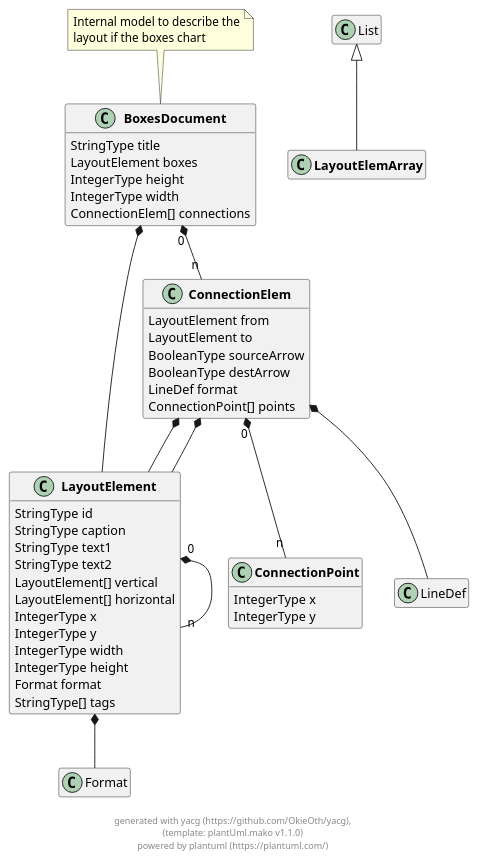
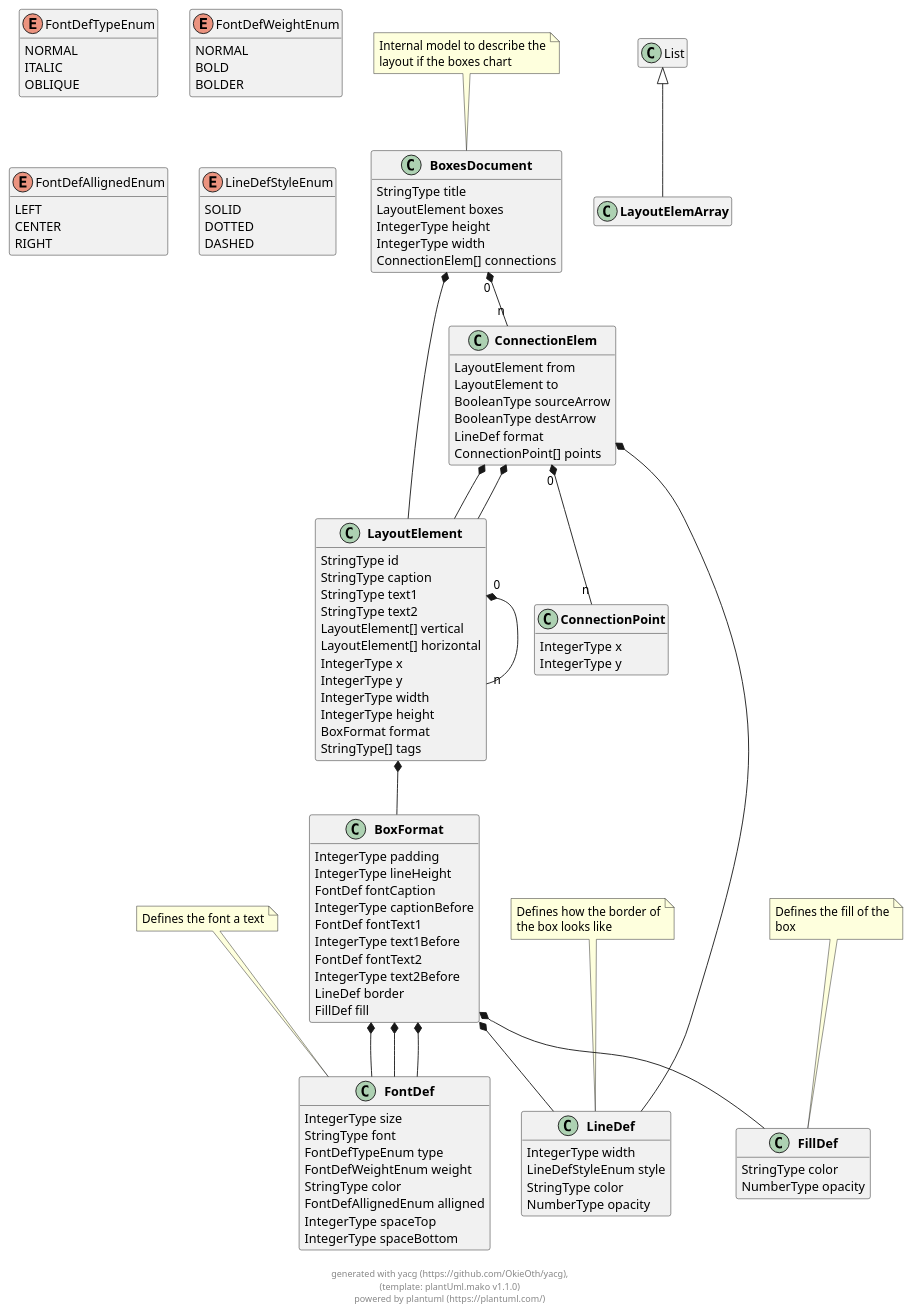
One commit to OkieOth/draw.chart.things changed the diagram in docs/models/puml/boxes_document.puml. Above: the diagram before and after it, drawn with PlantUML. The commit also changed 11 other files, not shown here.

Commit message:
separate format base types for easier initialization of layout elements

```diff
--- a/docs/models/puml/boxes_document.puml
+++ b/docs/models/puml/boxes_document.puml
@@ -26,7 +26,7 @@
         IntegerType y
         IntegerType width
         IntegerType height
-        Format format
+        BoxFormat format
         StringType[] tags
 }
 
@@ -46,10 +46,81 @@
 class "**LayoutElemArray**" as LayoutElemArray extends List {
 }
 
+class "**BoxFormat**" as BoxFormat {
+        IntegerType padding
+        IntegerType lineHeight
+        FontDef fontCaption
+        IntegerType captionBefore
+        FontDef fontText1
+        IntegerType text1Before
+        FontDef fontText2
+        IntegerType text2Before
+        LineDef border
+        FillDef fill
+}
+
+ 
+
 class "**ConnectionPoint**" as ConnectionPoint {
         IntegerType x
         IntegerType y
 }
+
+ 
+
+class "**FontDef**" as FontDef {
+        IntegerType size
+        StringType font
+        FontDefTypeEnum type
+        FontDefWeightEnum weight
+        StringType color
+        FontDefAllignedEnum alligned
+        IntegerType spaceTop
+        IntegerType spaceBottom
+}
+note top: Defines the font a text
+
+ 
+
+enum "FontDefTypeEnum" as FontDefTypeEnum {
+    NORMAL
+    ITALIC
+    OBLIQUE
+}
+
+enum "FontDefWeightEnum" as FontDefWeightEnum {
+    NORMAL
+    BOLD
+    BOLDER
+}
+
+enum "FontDefAllignedEnum" as FontDefAllignedEnum {
+    LEFT
+    CENTER
+    RIGHT
+}
+
+class "**LineDef**" as LineDef {
+        IntegerType width
+        LineDefStyleEnum style
+        StringType color
+        NumberType opacity
+}
+note top: Defines how the border of\nthe box looks like
+
+ 
+
+enum "LineDefStyleEnum" as LineDefStyleEnum {
+    SOLID
+    DOTTED
+    DASHED
+}
+
+class "**FillDef**" as FillDef {
+        StringType color
+        NumberType opacity
+}
+note top: Defines the fill of the\nbox
 
  
 
@@ -74,7 +145,7 @@
 
 
 
-LayoutElement  *--  Format
+LayoutElement  *--  BoxFormat
 
 
     
@@ -92,6 +163,43 @@
     
 
 
+BoxFormat  *--  FontDef
+
+
+BoxFormat  *--  FontDef
+
+
+BoxFormat  *--  FontDef
+
+
+BoxFormat  *--  LineDef
+
+BoxFormat  *--  FillDef
+
+    
+
+
+    
+
+
+
+
+
+
+
+
+    
+    
+    
+    
+
+
+
+
+    
+    
+
+
 
 footer \ngenerated with yacg (https://github.com/OkieOth/yacg),\n(template: plantUml.mako v1.1.0)\npowered by plantuml (https://plantuml.com/)
 @enduml
```
